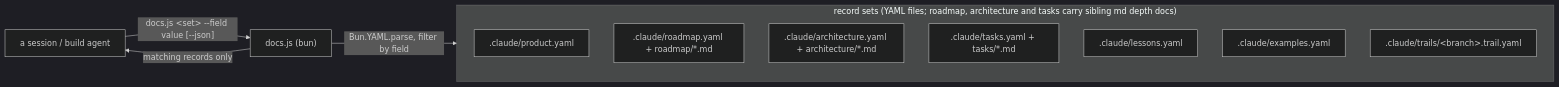
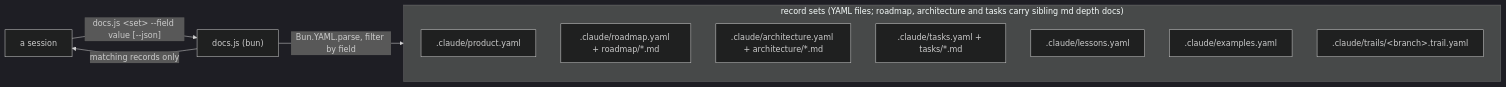
The diagram in skills/outputty/references/product-template.md (outputty/claude-plugin), drawn with Mermaid (dark theme) before and after one commit. The commit also changed other lines of this file and 9 other files, not shown here.

````diff
--- a/skills/outputty/references/product-template.md
+++ b/skills/outputty/references/product-template.md
@@ -248,15 +247,15 @@
 ```mermaid
 flowchart LR
     subgraph sets ["record sets (YAML files; roadmap, architecture and tasks carry sibling md depth docs)"]
         product[".claude/product.yaml"]
         roadmap[".claude/roadmap.yaml + roadmap/*.md"]
         architecture[".claude/architecture.yaml + architecture/*.md"]
         tasks[".claude/tasks.yaml + tasks/*.md"]
         lessons[".claude/lessons.yaml"]
         examples[".claude/examples.yaml"]
         trail[".claude/trails/&lt;branch&gt;.trail.yaml"]
     end
-    reader["a session / build agent"] -->|"docs.js &lt;set&gt; --field value [--json]"| docsjs["docs.js (bun)"]
+    reader["a session"] -->|"docs.js &lt;set&gt; --field value [--json]"| docsjs["docs.js (bun)"]
     docsjs -->|"Bun.YAML.parse, filter by field"| sets
     docsjs -->|"matching records only"| reader
 ```
````
